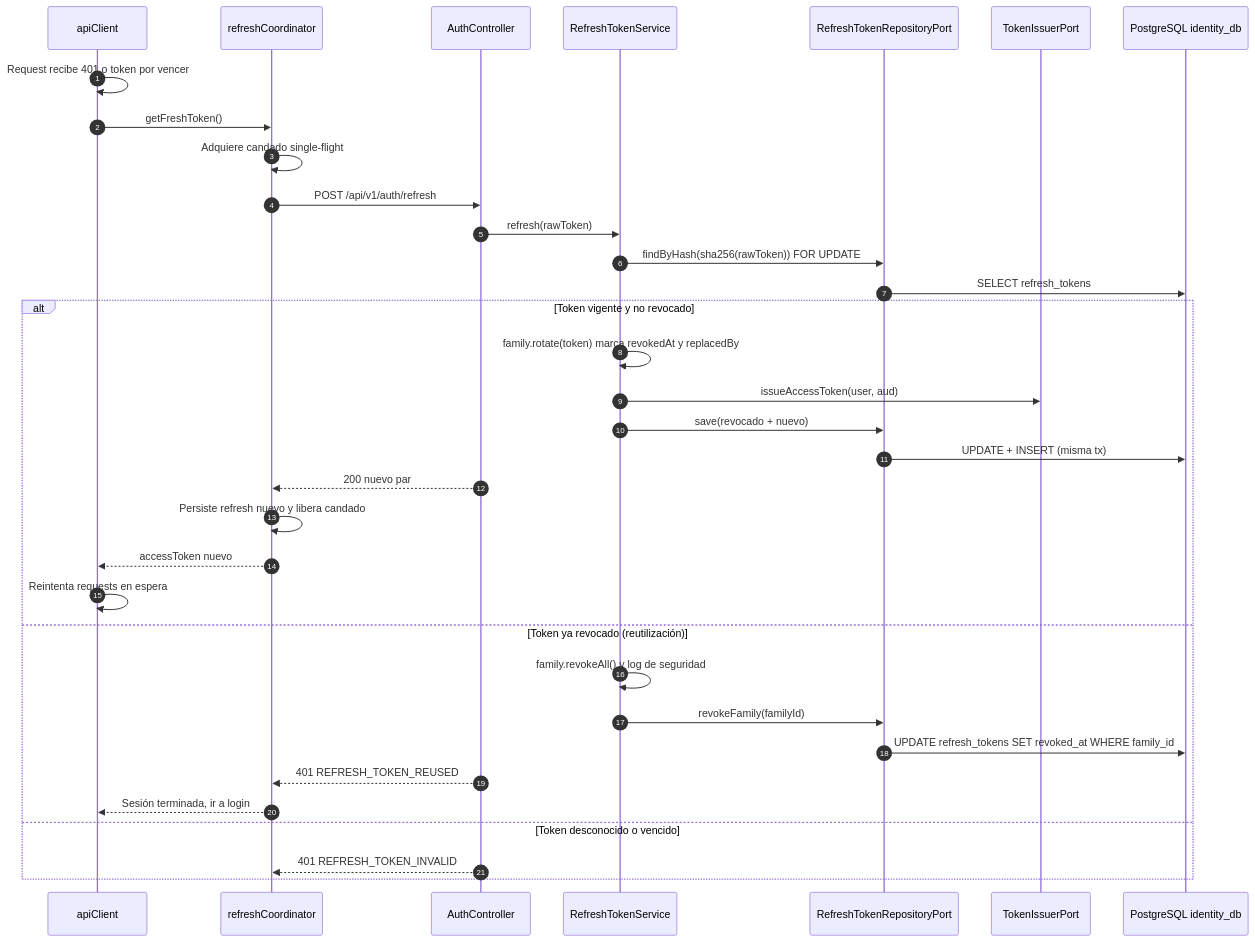
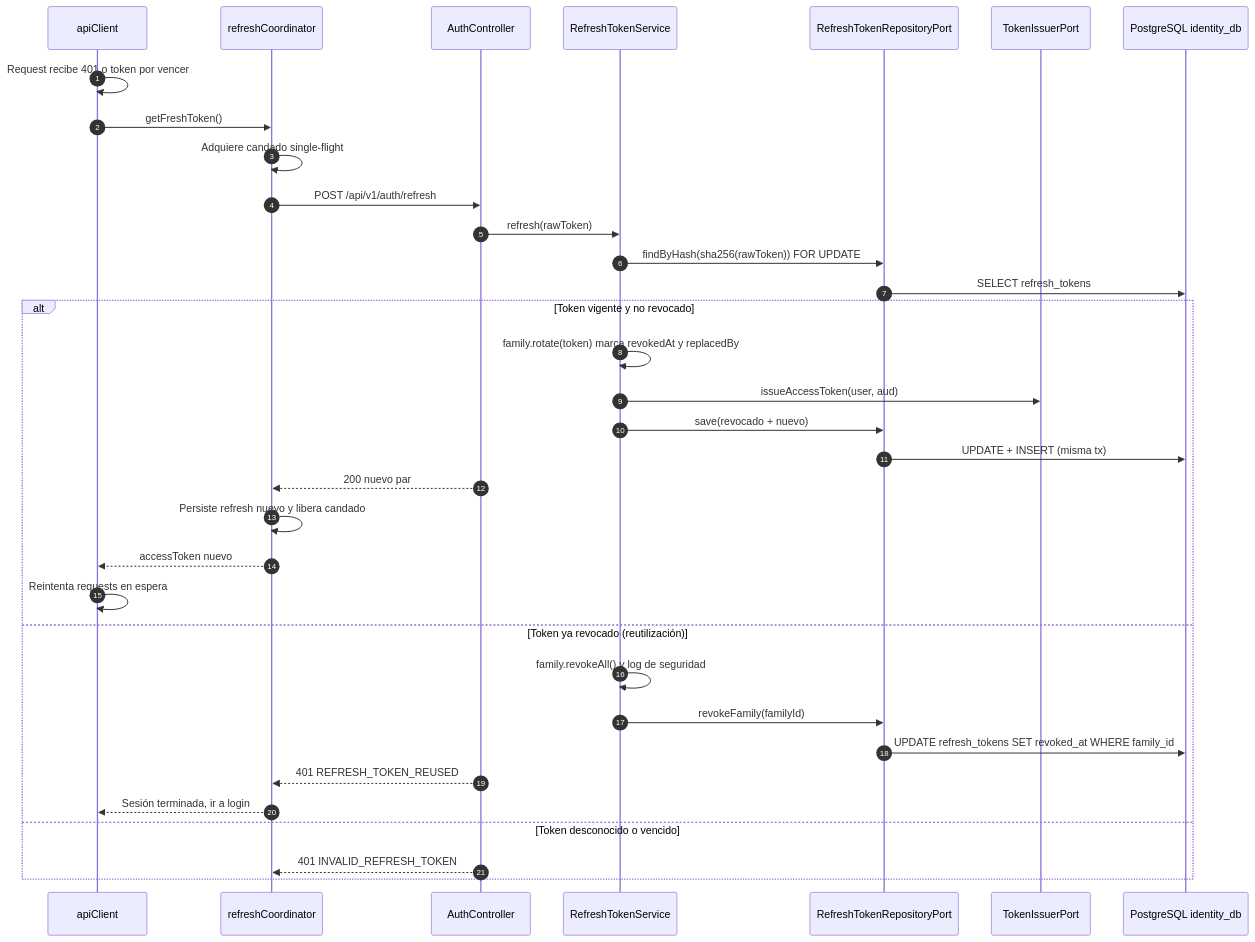
The third of 4 diagrams in docs/02-iconix/03-casos-de-uso/UC-02-iniciar-sesion.md (CesarKnight/bandadau-docs), drawn with Mermaid before and after one commit. The commit also changed other lines of this file and 8 other files, not shown here.

````diff
--- a/docs/02-iconix/03-casos-de-uso/UC-02-iniciar-sesion.md
+++ b/docs/02-iconix/03-casos-de-uso/UC-02-iniciar-sesion.md
@@ -216,37 +216,37 @@
 ```mermaid
 sequenceDiagram
     autonumber
     participant API as apiClient
     participant RC as refreshCoordinator
     participant CTL as AuthController
     participant UC as RefreshTokenService
     participant RR as RefreshTokenRepositoryPort
     participant TI as TokenIssuerPort
     participant PG as PostgreSQL identity_db
 
     API->>API: Request recibe 401 o token por vencer
     API->>RC: getFreshToken()
     RC->>RC: Adquiere candado single-flight
     RC->>CTL: POST /api/v1/auth/refresh
     CTL->>UC: refresh(rawToken)
     UC->>RR: findByHash(sha256(rawToken)) FOR UPDATE
     RR->>PG: SELECT refresh_tokens
     alt Token vigente y no revocado
         UC->>UC: family.rotate(token) marca revokedAt y replacedBy
         UC->>TI: issueAccessToken(user, aud)
         UC->>RR: save(revocado + nuevo)
         RR->>PG: UPDATE + INSERT (misma tx)
         CTL-->>RC: 200 nuevo par
         RC->>RC: Persiste refresh nuevo y libera candado
         RC-->>API: accessToken nuevo
         API->>API: Reintenta requests en espera
     else Token ya revocado (reutilización)
         UC->>UC: family.revokeAll() y log de seguridad
         UC->>RR: revokeFamily(familyId)
         RR->>PG: UPDATE refresh_tokens SET revoked_at WHERE family_id
         CTL-->>RC: 401 REFRESH_TOKEN_REUSED
         RC-->>API: Sesión terminada, ir a login
     else Token desconocido o vencido
-        CTL-->>RC: 401 REFRESH_TOKEN_INVALID
+        CTL-->>RC: 401 INVALID_REFRESH_TOKEN
     end
 ```
````
